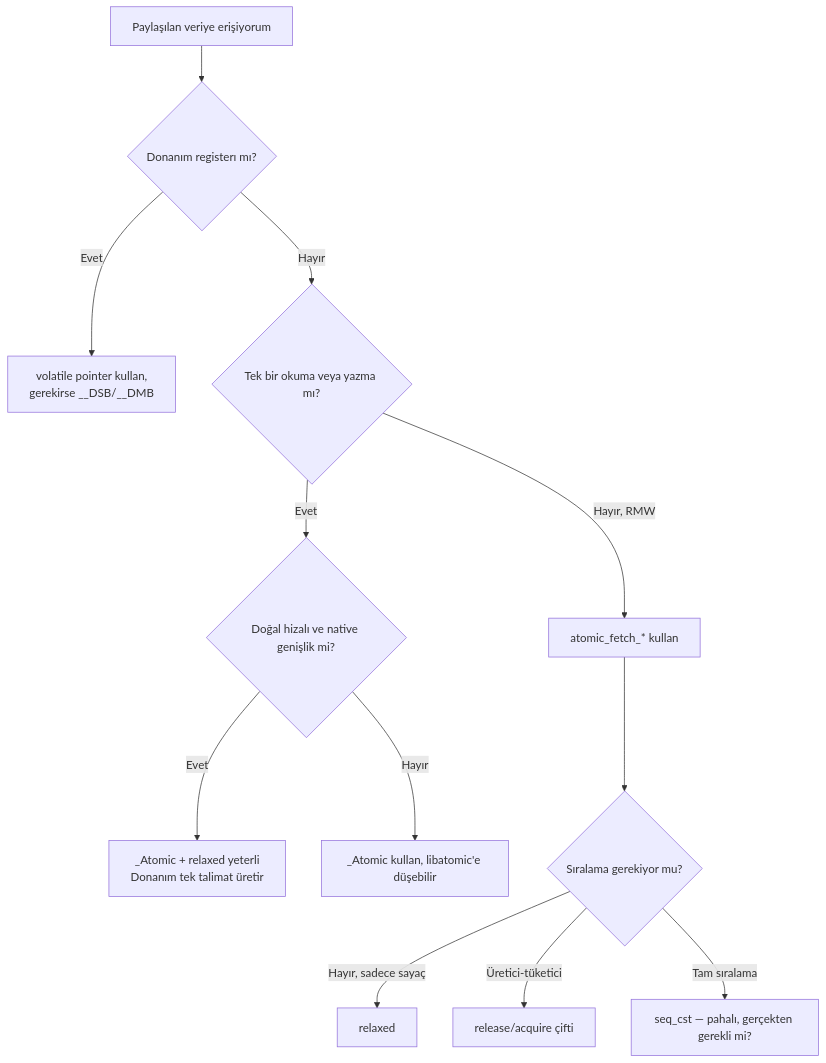
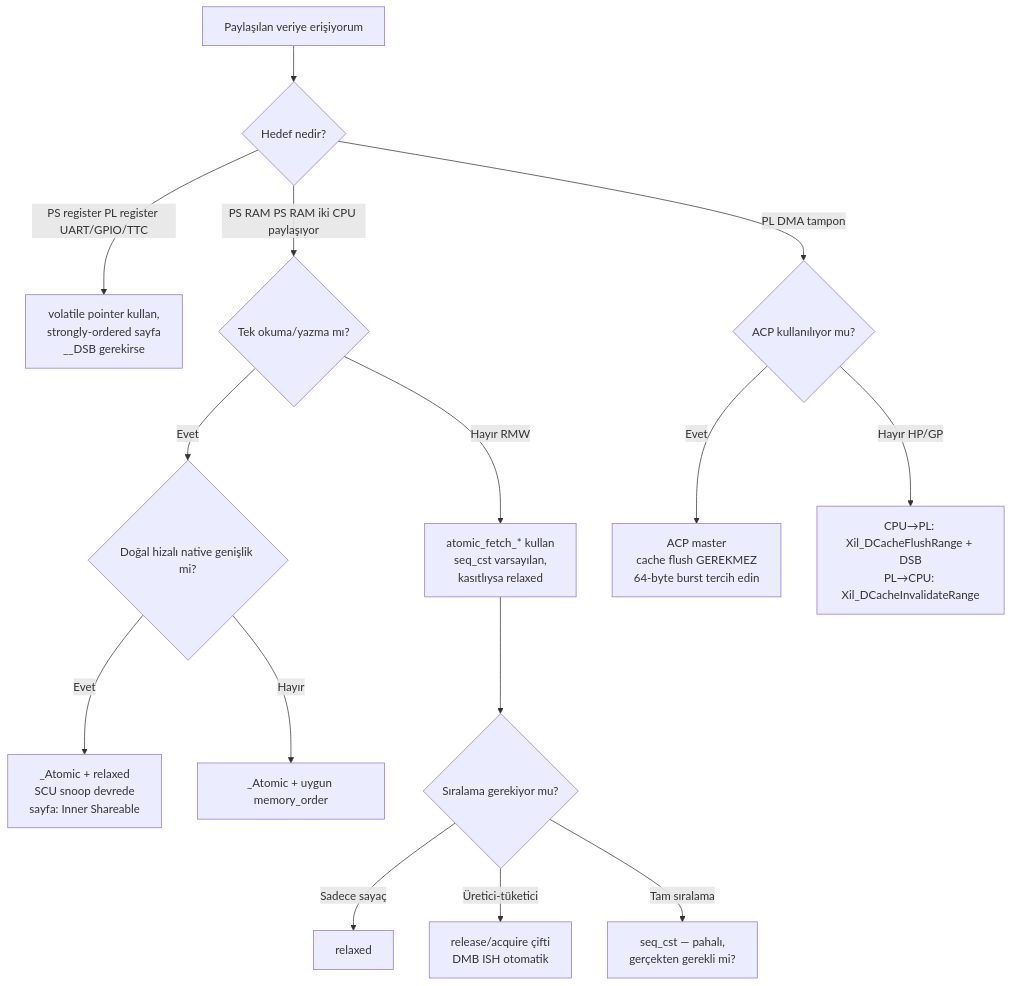
The second of 2 diagrams in _posts/2026-05-29-volatile-yetmediginde-c11-atomic.md (Mavrikant/mavrikant.github.io), drawn with Mermaid before and after one commit. The commit also changed other lines of this file, not shown here.

First line of the commit message:
Zynq-7000 mimarisine uyarla: PS dual Cortex-A9 + SCU + ACP

````diff
--- a/_posts/2026-05-29-volatile-yetmediginde-c11-atomic.md
+++ b/_posts/2026-05-29-volatile-yetmediginde-c11-atomic.md
@@ -423,14 +526,17 @@
 ```mermaid
 flowchart TD
-    A[Paylaşılan veriye erişiyorum] --> B{Donanım registerı mı?}
-    B -- Evet --> C[volatile pointer kullan,<br/>gerekirse __DSB/__DMB]
-    B -- Hayır --> D{Tek bir okuma veya yazma mı?}
-    D -- Evet --> E{Doğal hizalı ve native genişlik mi?}
-    E -- Evet --> F[_Atomic + relaxed yeterli<br/>Donanım tek talimat üretir]
-    E -- Hayır --> G[_Atomic kullan, libatomic'e düşebilir]
-    D -- Hayır, RMW --> H[atomic_fetch_* kullan]
+    A[Paylaşılan veriye erişiyorum] --> B{Hedef nedir?}
+    B -- "PS register PL register UART/GPIO/TTC" --> C[volatile pointer kullan,<br/>strongly-ordered sayfa<br/>__DSB gerekirse]
+    B -- "PS RAM PS RAM iki CPU paylaşıyor" --> D{Tek okuma/yazma mı?}
+    B -- "PL DMA tampon" --> M{ACP kullanılıyor mu?}
+    D -- Evet --> E{Doğal hizalı native genişlik mi?}
+    E -- Evet --> F[_Atomic + relaxed<br/>SCU snoop devrede<br/>sayfa: Inner Shareable]
+    E -- Hayır --> G[_Atomic + uygun memory_order]
+    D -- Hayır RMW --> H[atomic_fetch_* kullan<br/>seq_cst varsayılan,<br/>kasıtlıysa relaxed]
     H --> I{Sıralama gerekiyor mu?}
-    I -- Hayır, sadece sayaç --> J[relaxed]
-    I -- Üretici-tüketici --> K[release/acquire çifti]
-    I -- Tam sıralama --> L[seq_cst — pahalı, gerçekten gerekli mi?]
+    I -- Sadece sayaç --> J[relaxed]
+    I -- Üretici-tüketici --> K[release/acquire çifti<br/>DMB ISH otomatik]
+    I -- Tam sıralama --> L[seq_cst — pahalı,<br/>gerçekten gerekli mi?]
+    M -- Evet --> N[ACP master<br/>cache flush GEREKMEZ<br/>64-byte burst tercih edin]
+    M -- Hayır HP/GP --> O[CPU→PL: Xil_DCacheFlushRange + DSB<br/>PL→CPU: Xil_DCacheInvalidateRange]
 ```
````
